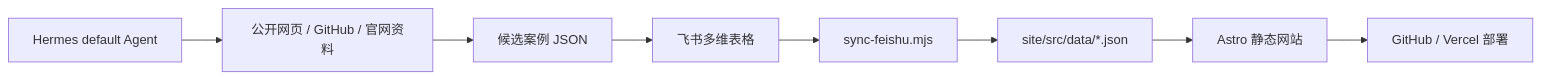
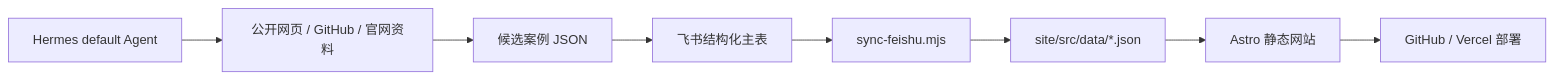
Before and after one commit to AL549984/model: the diagram in README.md, drawn with Mermaid. The commit also changed other lines of this file and 1871 other files, not shown here.

````diff
--- a/README.md
+++ b/README.md
@@ -25,10 +25,10 @@
 ```mermaid
 flowchart LR
   A["Hermes default Agent"] --> B["公开网页 / GitHub / 官网资料"]
   B --> C["候选案例 JSON"]
-  C --> D["飞书多维表格"]
+  C --> D["飞书结构化主表"]
   D --> E["sync-feishu.mjs"]
   E --> F["site/src/data/*.json"]
   F --> G["Astro 静态网站"]
   G --> H["GitHub / Vercel 部署"]
 ```
````
